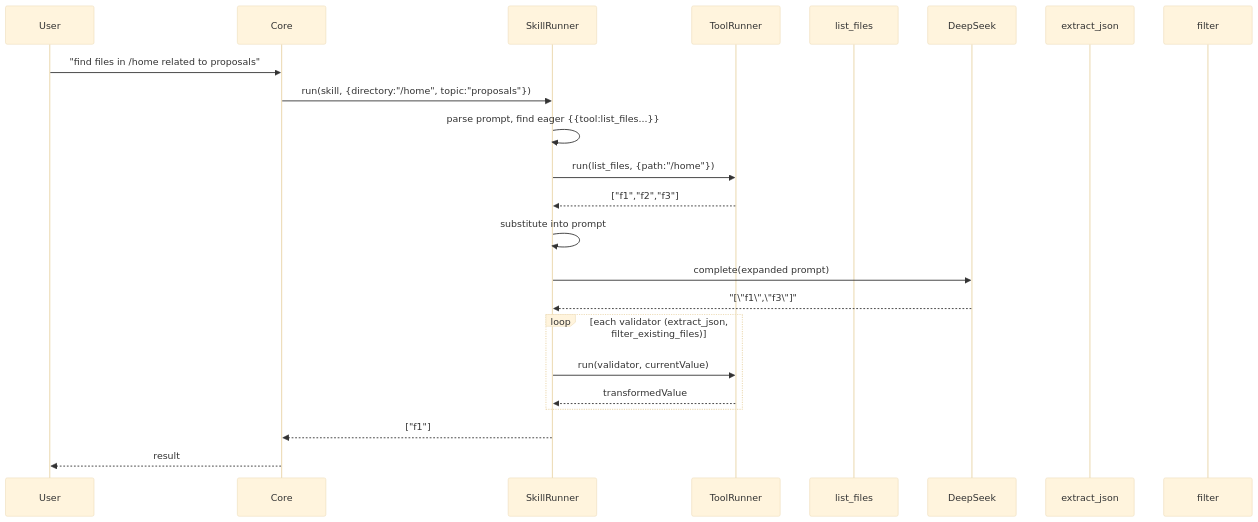
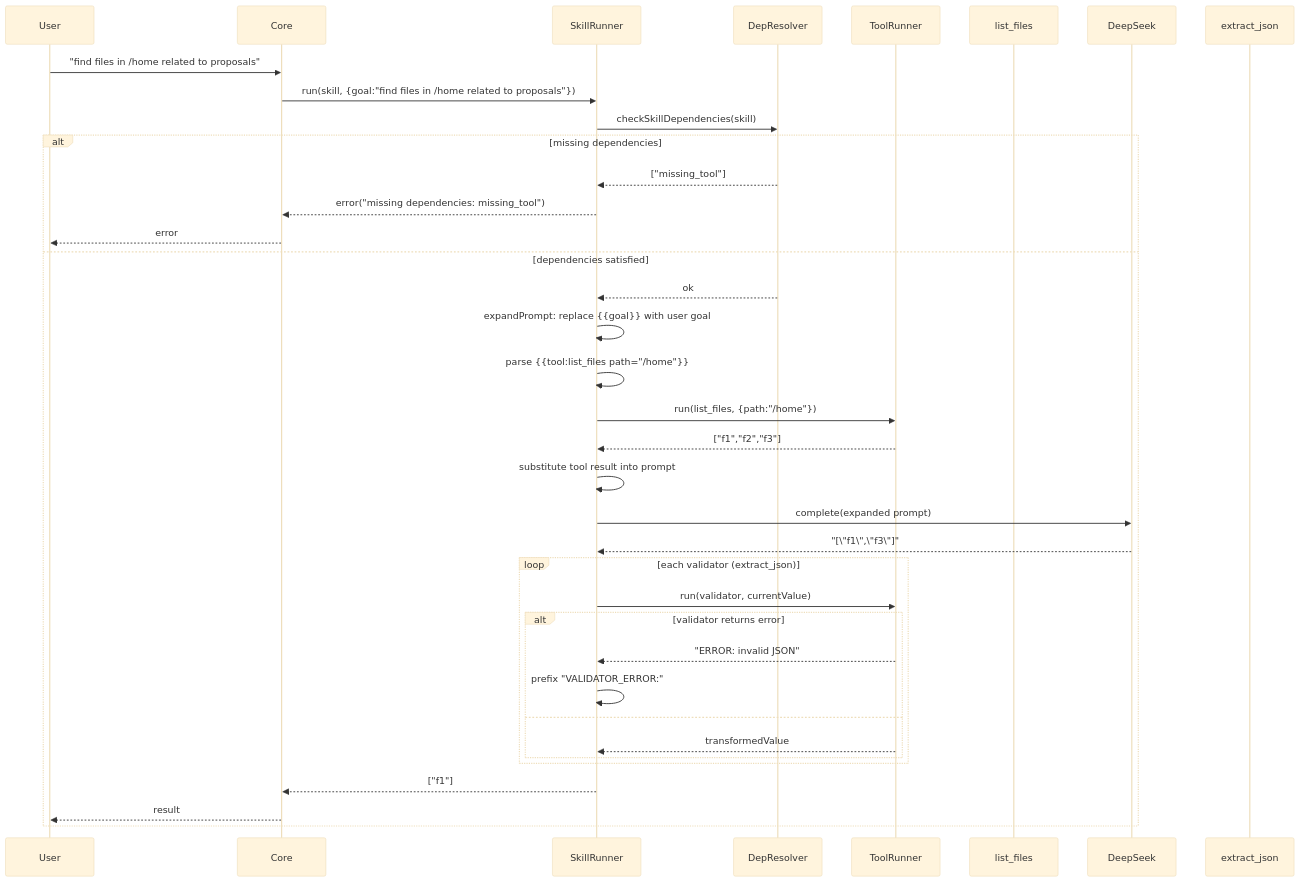
One commit to opensassi/a0 changed the second of 2 diagrams in technical-specification.md. Above: the diagram before and after it, drawn with Mermaid (base theme). The commit also changed other lines of this file and 21 other files, not shown here.

````diff
--- a/technical-specification.md
+++ b/technical-specification.md
@@ -99,26 +228,40 @@
 ```mermaid
 sequenceDiagram
     participant User
     participant Core
     participant SkillRunner
+    participant DepResolver
     participant ToolRunner
     participant list_files
     participant DeepSeek
     participant extract_json
-    participant filter
 
     User->>Core: "find files in /home related to proposals"
-    Core->>SkillRunner: run(skill, {directory:"/home", topic:"proposals"})
-    SkillRunner->>SkillRunner: parse prompt, find eager {{tool:list_files...}}
-    SkillRunner->>ToolRunner: run(list_files, {path:"/home"})
-    ToolRunner-->>SkillRunner: ["f1","f2","f3"]
-    SkillRunner->>SkillRunner: substitute into prompt
-    SkillRunner->>DeepSeek: complete(expanded prompt)
-    DeepSeek-->>SkillRunner: "[\"f1\",\"f3\"]"
-    loop each validator (extract_json, filter_existing_files)
-        SkillRunner->>ToolRunner: run(validator, currentValue)
-        ToolRunner-->>SkillRunner: transformedValue
+    Core->>SkillRunner: run(skill, {goal:"find files in /home related to proposals"})
+    SkillRunner->>DepResolver: checkSkillDependencies(skill)
+    alt missing dependencies
+        DepResolver-->>SkillRunner: ["missing_tool"]
+        SkillRunner-->>Core: error("missing dependencies: missing_tool")
+        Core-->>User: error
+    else dependencies satisfied
+        DepResolver-->>SkillRunner: ok
+        SkillRunner->>SkillRunner: expandPrompt: replace {{goal}} with user goal
+        SkillRunner->>SkillRunner: parse {{tool:list_files path="/home"}}
+        SkillRunner->>ToolRunner: run(list_files, {path:"/home"})
+        ToolRunner-->>SkillRunner: ["f1","f2","f3"]
+        SkillRunner->>SkillRunner: substitute tool result into prompt
+        SkillRunner->>DeepSeek: complete(expanded prompt)
+        DeepSeek-->>SkillRunner: "[\"f1\",\"f3\"]"
+        loop each validator (extract_json)
+            SkillRunner->>ToolRunner: run(validator, currentValue)
+            alt validator returns error
+                ToolRunner-->>SkillRunner: "ERROR: invalid JSON"
+                SkillRunner->>SkillRunner: prefix "VALIDATOR_ERROR:"
+            else
+                ToolRunner-->>SkillRunner: transformedValue
+            end
+        end
+        SkillRunner-->>Core: ["f1"]
+        Core-->>User: result
     end
-    SkillRunner-->>Core: ["f1"]
-    Core-->>User: result
 ```
````
